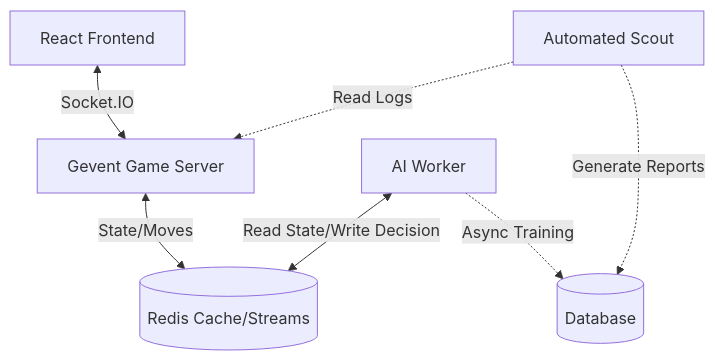
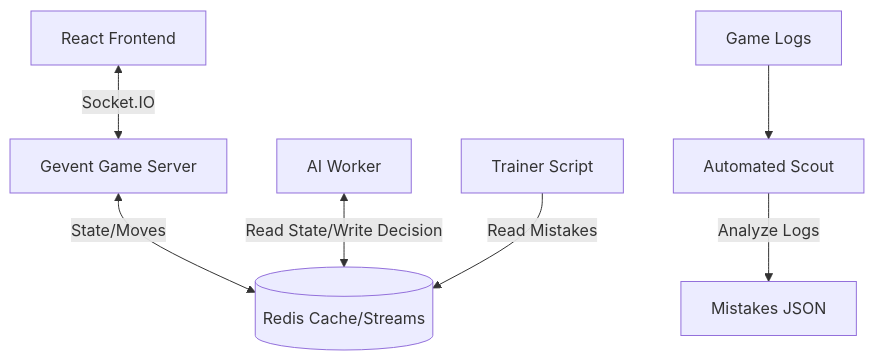
The diagram in docs/ARCHITECTURE.md (tazjel/baloot-ai), drawn with Mermaid before and after one commit. The commit also changed other lines of this file and 52 other files, not shown here.

Commit message:
feat: Implement Data Flywheel, Voice UI, and Refactor Core Architecture

````diff
--- a/docs/ARCHITECTURE.md
+++ b/docs/ARCHITECTURE.md
@@ -6,9 +6,9 @@
 ```mermaid
 graph TD
     Client[React Frontend] <-->|Socket.IO| Server[Gevent Game Server]
     Server <-->|State/Moves| Redis[(Redis Cache/Streams)]
     Brain[AI Worker] <-->|Read State/Write Decision| Redis
-    Brain -.->|Async Training| DB[(Database)]
-    Scout[Automated Scout] -.->|Read Logs| Server
-    Scout -.->|Generate Reports| DB
+    Scout[Automated Scout] -->|Analyze Logs| Mistakes[Mistakes JSON]
+    Trainer[Trainer Script] -->|Read Mistakes| Redis
+    Logs[Game Logs] --> Scout
 ```
````
